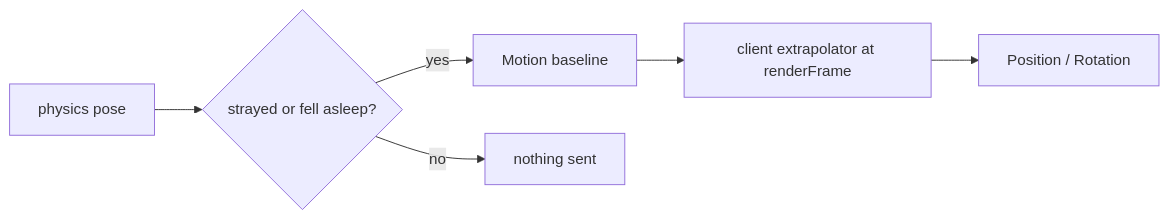
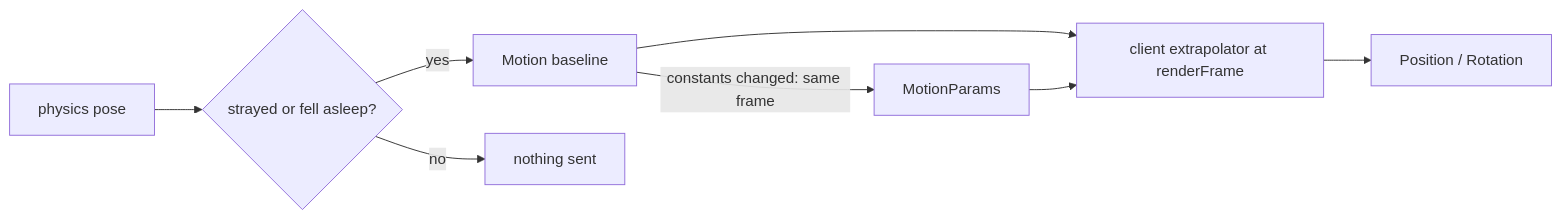
One commit to vworlds/vecs changed the diagram in lib/vecs-phaser/README.md. Above: the diagram before and after it, drawn with Mermaid. The commit also changed other lines of this file and 16 other files, not shown here.

````diff
--- a/lib/vecs-phaser/README.md
+++ b/lib/vecs-phaser/README.md
@@ -71,8 +85,10 @@
 ```mermaid
 graph LR
   PP["physics pose"] --> D{"strayed or fell asleep?"}
   D -->|"yes"| M["Motion baseline"]
   D -->|"no"| N["nothing sent"]
+  M -->|"constants changed: same frame"| K["MotionParams"]
   M --> X["client extrapolator at renderFrame"]
+  K --> X
   X --> P["Position / Rotation"]
 ```
````
